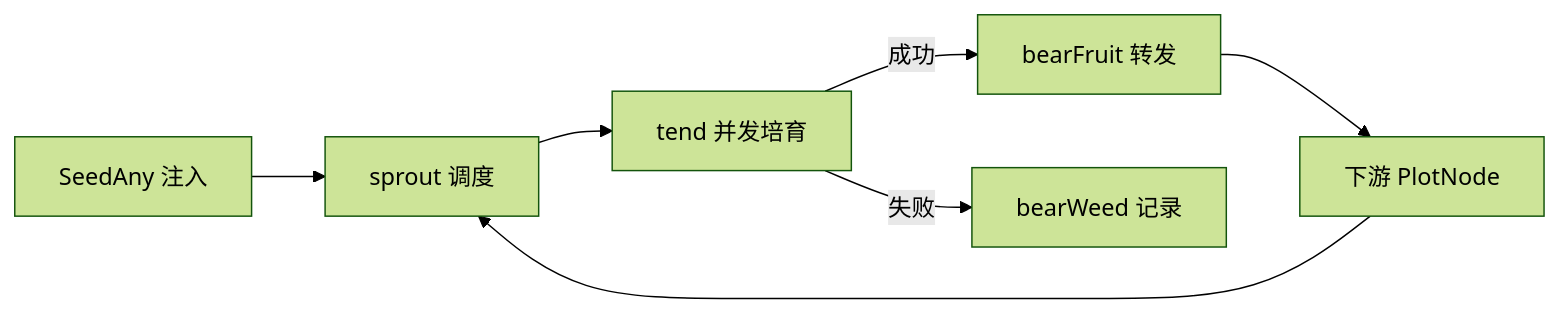
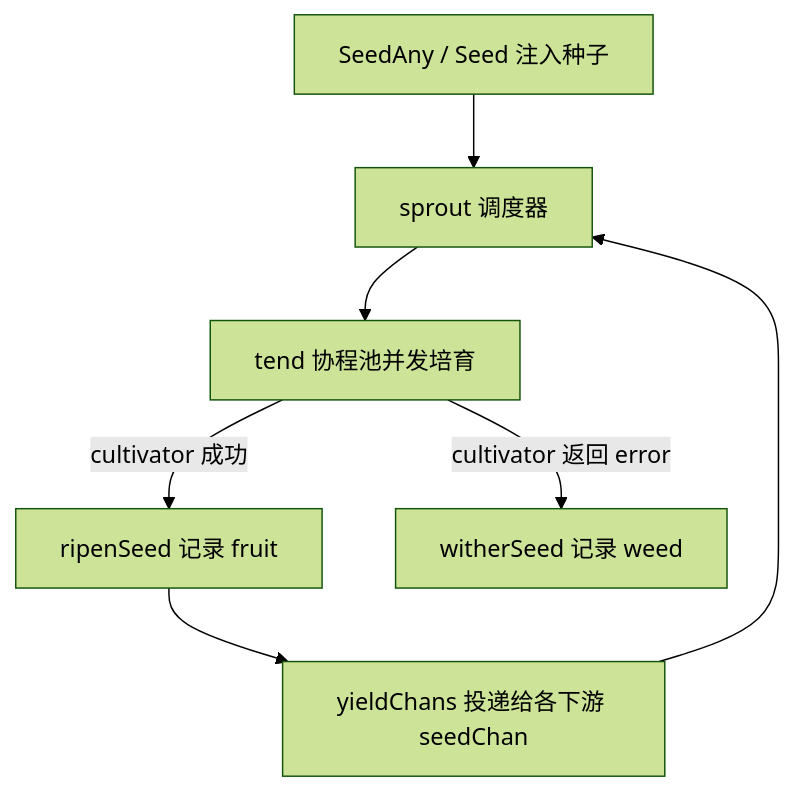
Before and after one commit to Mr-xiaotian/CelestialGrow: the diagram in docs/zh-CN/pkg/api/api.md, drawn with Mermaid (forest theme). The commit also changed other lines of this file and 34 other files, not shown here.

````diff
--- a/docs/zh-CN/pkg/api/api.md
+++ b/docs/zh-CN/pkg/api/api.md
@@ -115,9 +172,9 @@
 ```mermaid
-flowchart LR
-    A[SeedAny 注入] --> B[sprout 调度]
-    B --> C[tend 并发培育]
-    C -->|成功| D[bearFruit 转发]
-    C -->|失败| E[bearWeed 记录]
-    D --> F[下游 PlotNode]
+flowchart TD
+    A[SeedAny / Seed 注入种子] --> B[sprout 调度器]
+    B --> C[tend 协程池并发培育]
+    C -->|cultivator 成功| D[ripenSeed 记录 fruit]
+    C -->|cultivator 返回 error| E[witherSeed 记录 weed]
+    D --> F[yieldChans 投递给各下游 seedChan]
     F --> B
 ```
````
